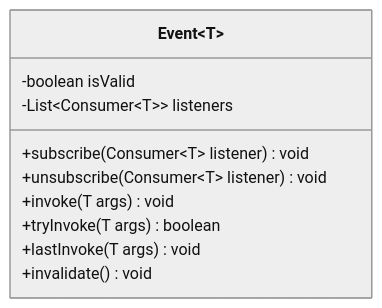
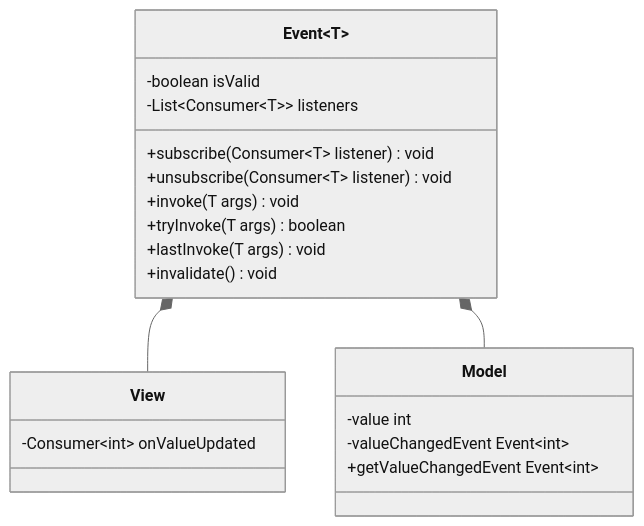
Before and after one commit to thunderingmarmot/OOP23-objectonepiece: the diagram in report/diagrams/Event.md, drawn with Mermaid (neutral theme).

````diff
--- a/report/diagrams/Event.md
+++ b/report/diagrams/Event.md
@@ -1,13 +1,25 @@
 ```mermaid
 classDiagram
+
+class View
+View : -Consumer~int~ onValueUpdated
+
+Event~T~ *-- View
 
 class Event~T~
 Event : -boolean isValid
 Event : -List~Consumer~T~~ listeners
 Event : +subscribe(Consumer~T~ listener) void
 Event : +unsubscribe(Consumer~T~ listener) void
 Event : +invoke(T args) void
 Event : +tryInvoke(T args) boolean
 Event : +lastInvoke(T args) void
 Event : +invalidate() void
+
+Event~T~ *-- Model
+
+class Model
+Model : -value int
+Model : -valueChangedEvent Event~int~
+Model : +getValueChangedEvent Event~int~
 ```
````
